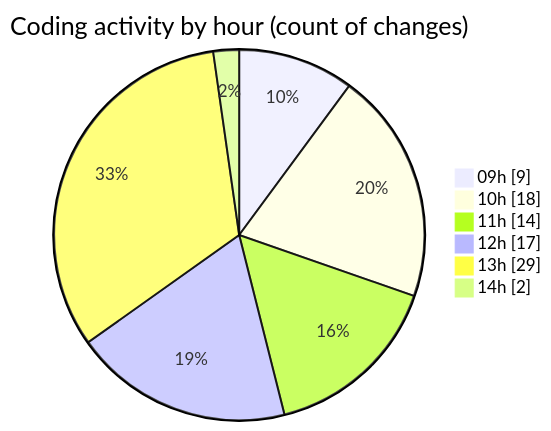
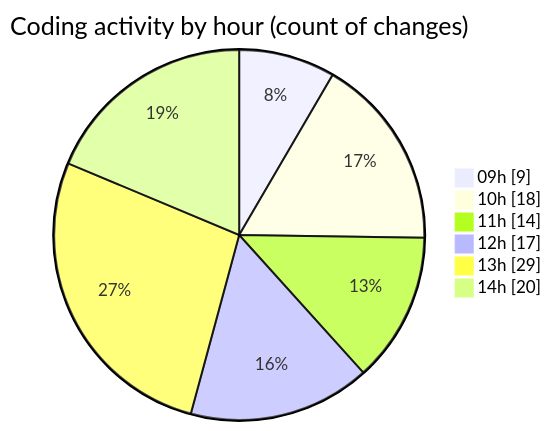
One commit to momahboobian/code-tracking changed the second of 2 diagrams in 2025-03-24/cda/README.md. Above: the diagram before and after it, drawn with Mermaid. The commit also changed other lines of this file and 1 other file, not shown here.

````diff
--- a/2025-03-24/cda/README.md
+++ b/2025-03-24/cda/README.md
@@ -48,10 +54,10 @@
 ```mermaid
 pie showData
 title Coding activity by hour (count of changes)
 "09h" : 9
 "10h" : 18
 "11h" : 14
 "12h" : 17
 "13h" : 29
-"14h" : 2
+"14h" : 20
 ```
````
